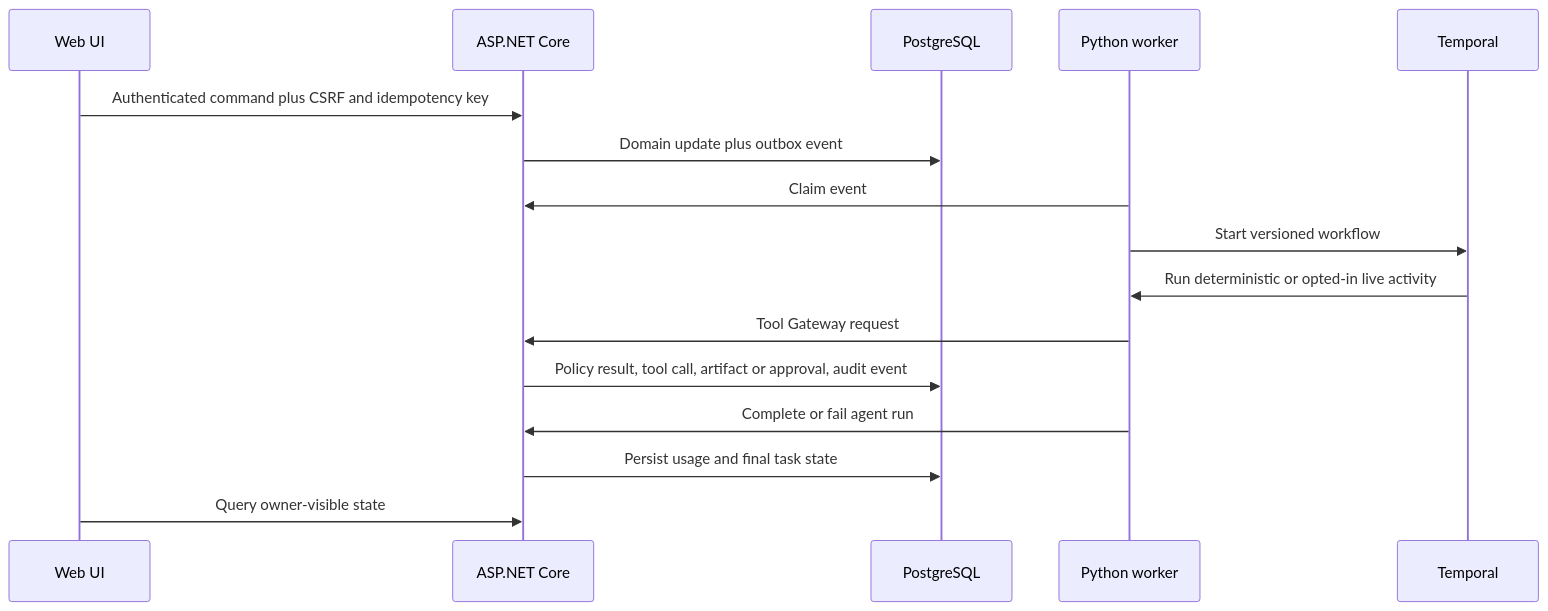
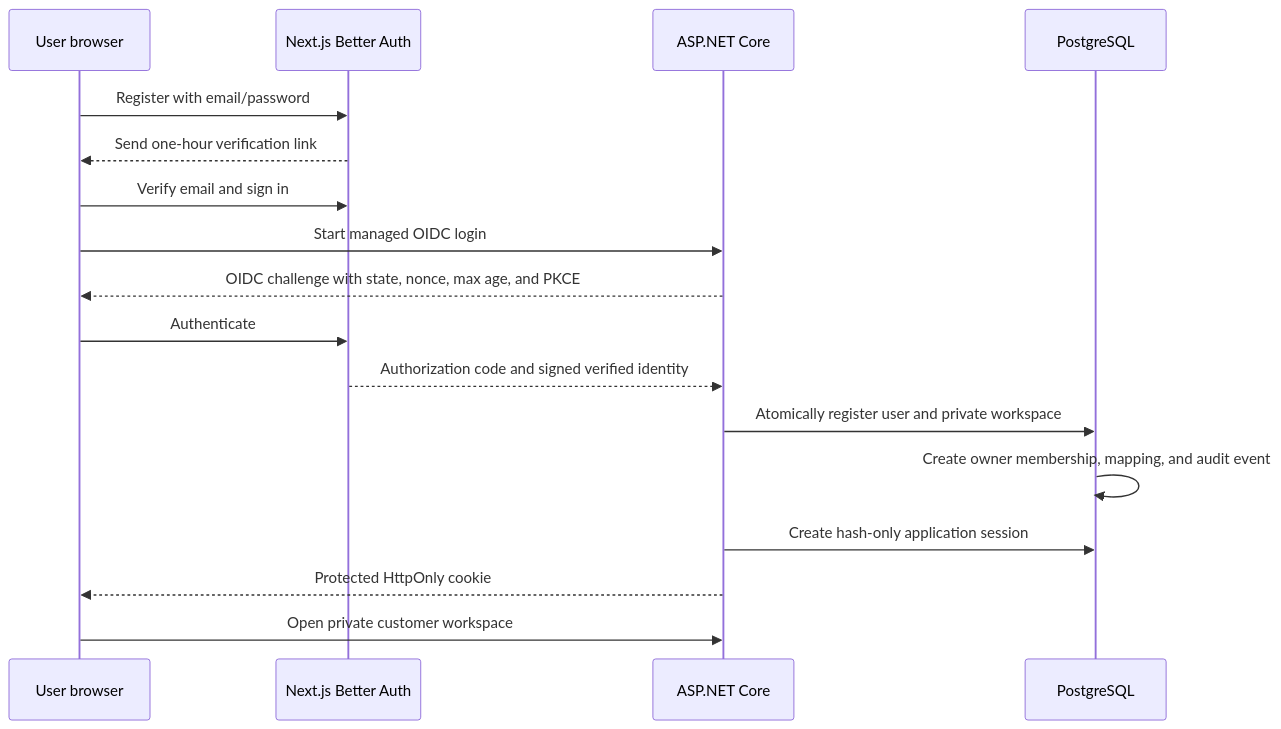
Before and after one commit to DrottPoker/BidMatrix: the second of 7 diagrams in docs/architecture/overview.md, drawn with Mermaid. The commit also changed other lines of this file and 138 other files, not shown here.

````diff
--- a/docs/architecture/overview.md
+++ b/docs/architecture/overview.md
@@ -34,18 +52,19 @@
 ```mermaid
 sequenceDiagram
-    participant UI as Web UI
+    participant U as User browser
+    participant Auth as Next.js Better Auth
     participant API as ASP.NET Core
     participant DB as PostgreSQL
-    participant W as Python worker
-    participant T as Temporal
-    UI->>API: Authenticated command plus CSRF and idempotency key
-    API->>DB: Domain update plus outbox event
-    W->>API: Claim event
-    W->>T: Start versioned workflow
-    T->>W: Run deterministic or opted-in live activity
-    W->>API: Tool Gateway request
-    API->>DB: Policy result, tool call, artifact or approval, audit event
-    W->>API: Complete or fail agent run
-    API->>DB: Persist usage and final task state
-    UI->>API: Query owner-visible state
+    U->>Auth: Register with email/password
+    Auth-->>U: Send one-hour verification link
+    U->>Auth: Verify email and sign in
+    U->>API: Start managed OIDC login
+    API-->>U: OIDC challenge with state, nonce, max age, and PKCE
+    U->>Auth: Authenticate
+    Auth-->>API: Authorization code and signed verified identity
+    API->>DB: Atomically register user and private workspace
+    DB->>DB: Create owner membership, mapping, and audit event
+    API->>DB: Create hash-only application session
+    API-->>U: Protected HttpOnly cookie
+    U->>API: Open private customer workspace
 ```
````
